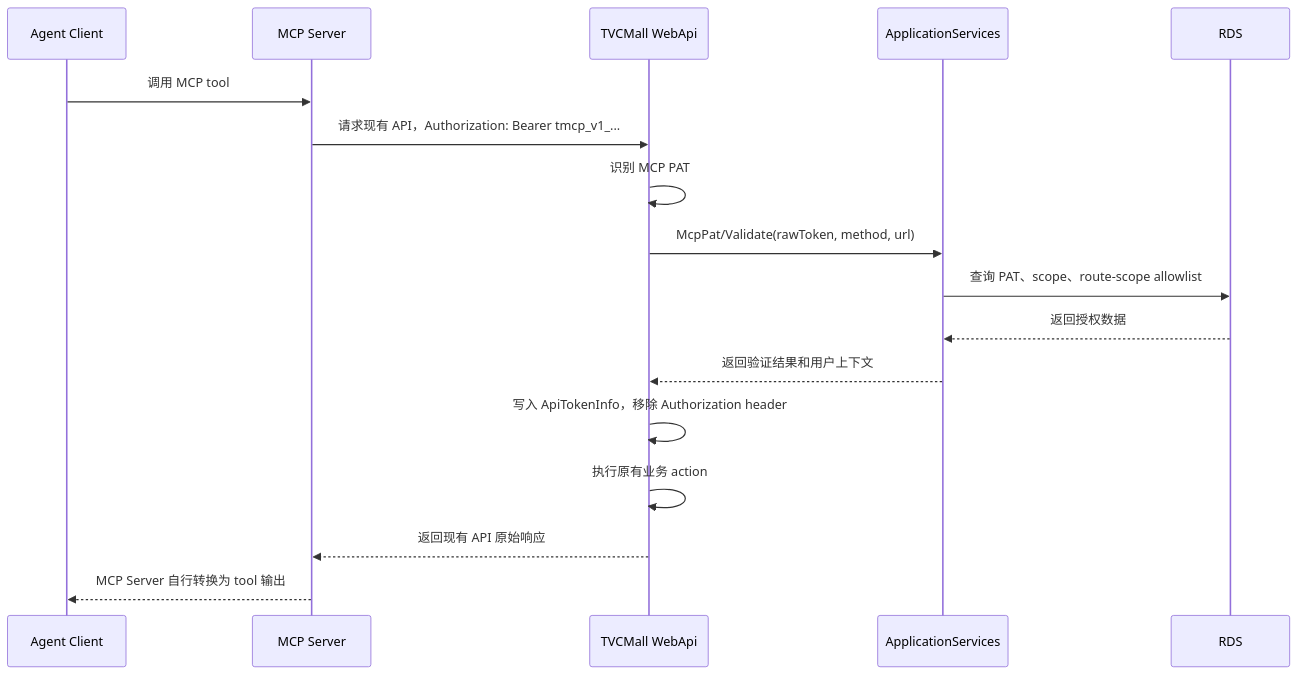
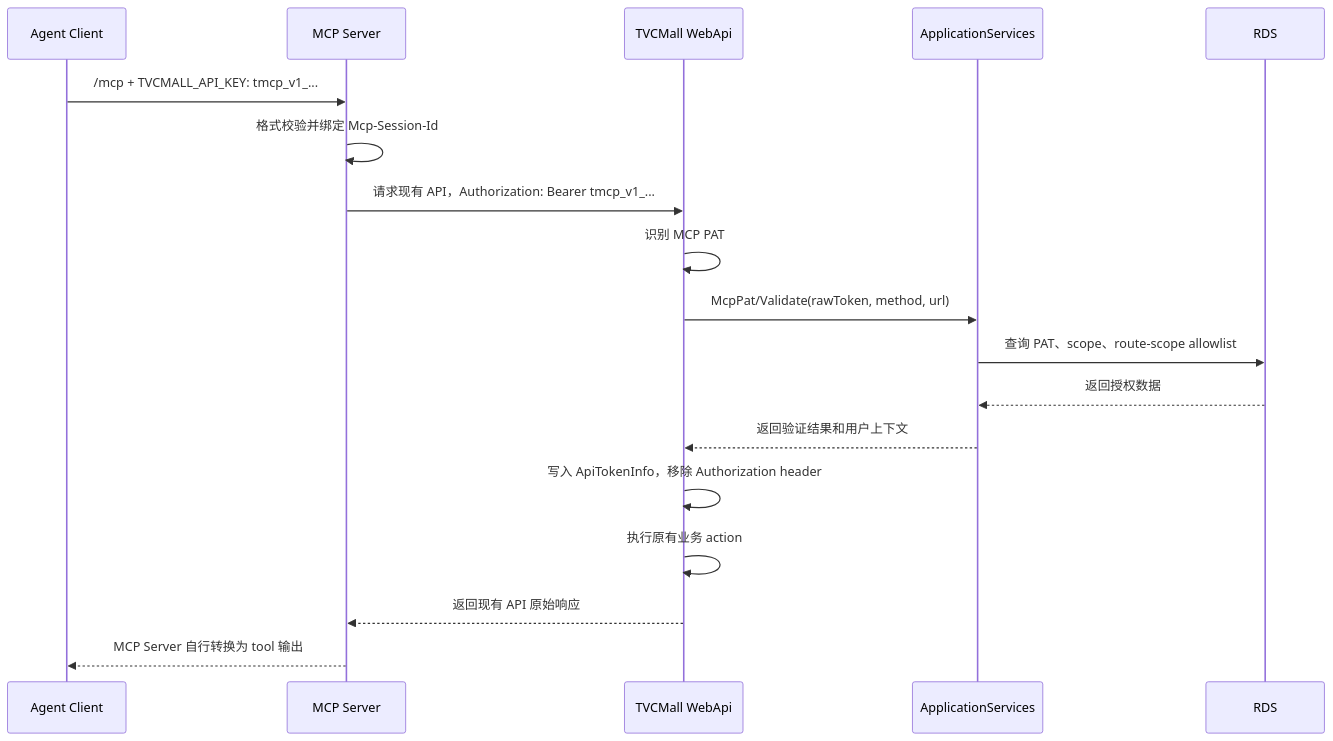
One commit to feizhan1/tvcmall-mcp changed the diagram in tvcmall-webapi mcp开发接入说明文档.md. Above: the diagram before and after it, drawn with Mermaid. The commit also changed other lines of this file and 11 other files, not shown here.

Commit message:
docs: align remote MCP API key authorization

````diff
--- a/tvcmall-webapi mcp开发接入说明文档.md
+++ b/tvcmall-webapi mcp开发接入说明文档.md
@@ -94,20 +112,21 @@
 ```mermaid
 sequenceDiagram
     participant Agent as Agent Client
     participant MCP as MCP Server
     participant WebApi as TVCMall WebApi
     participant App as ApplicationServices
     participant RDS as RDS
 
-    Agent->>MCP: 调用 MCP tool
+    Agent->>MCP: /mcp + TVCMALL_API_KEY: tmcp_v1_...
+    MCP->>MCP: 格式校验并绑定 Mcp-Session-Id
     MCP->>WebApi: 请求现有 API，Authorization: Bearer tmcp_v1_...
     WebApi->>WebApi: 识别 MCP PAT
     WebApi->>App: McpPat/Validate(rawToken, method, url)
     App->>RDS: 查询 PAT、scope、route-scope allowlist
     RDS-->>App: 返回授权数据
     App-->>WebApi: 返回验证结果和用户上下文
     WebApi->>WebApi: 写入 ApiTokenInfo，移除 Authorization header
     WebApi->>WebApi: 执行原有业务 action
     WebApi-->>MCP: 返回现有 API 原始响应
     MCP-->>Agent: MCP Server 自行转换为 tool 输出
 ```
````
